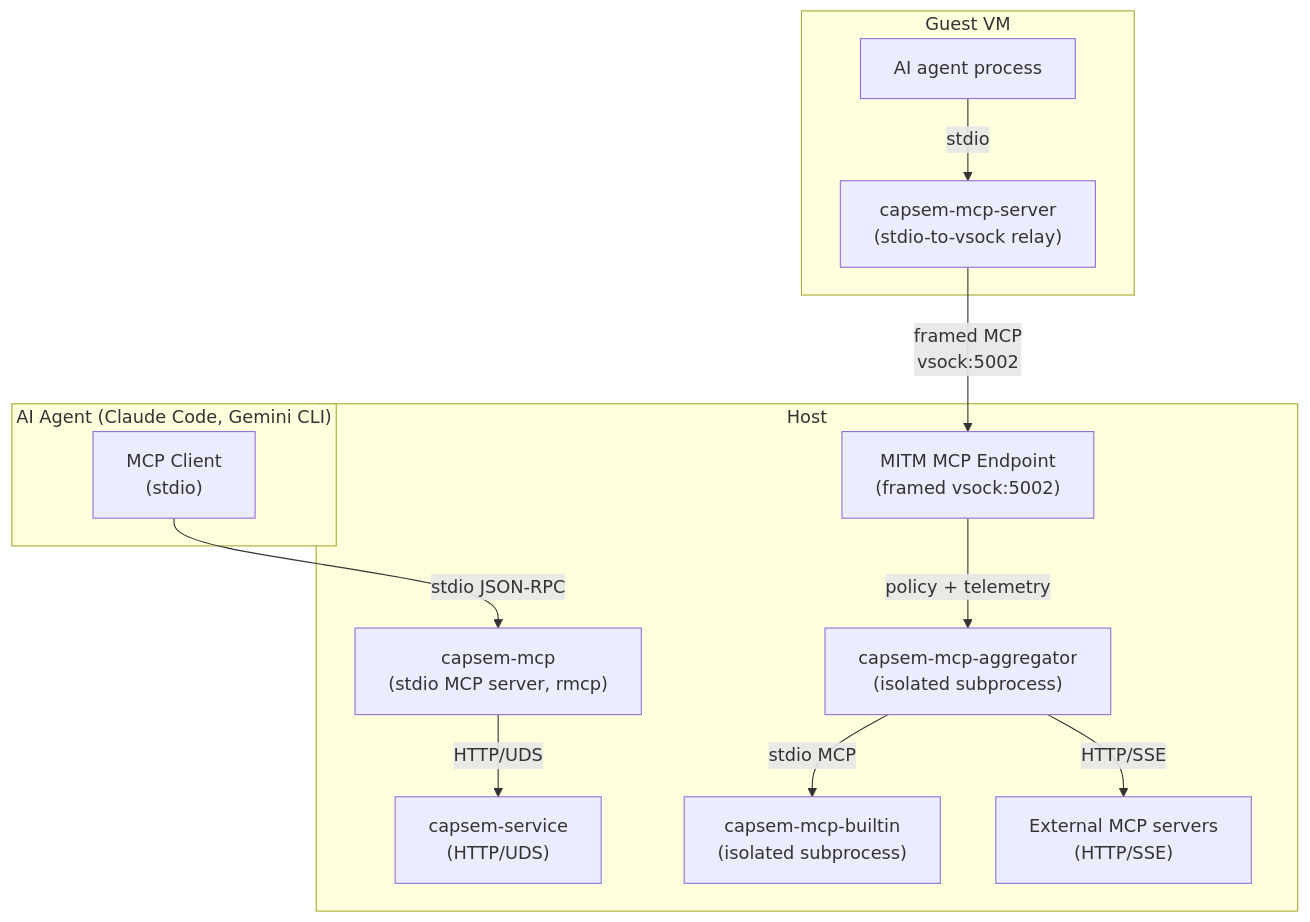
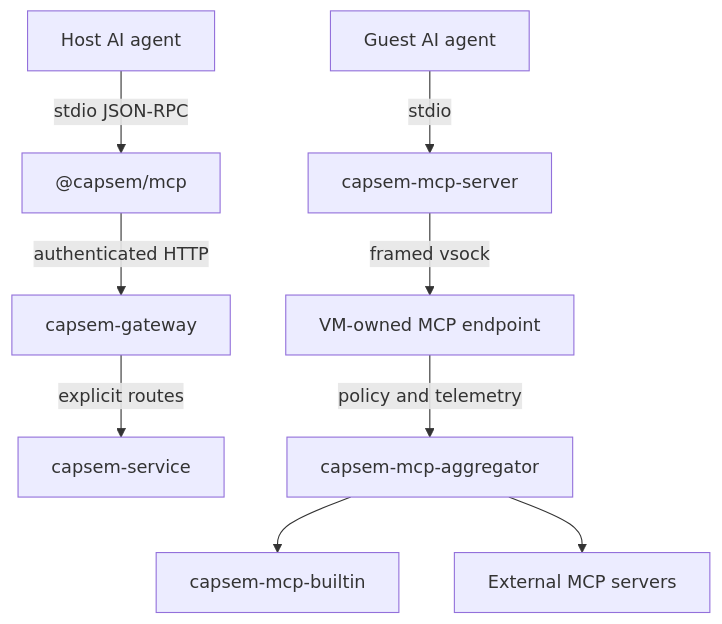
Before and after one commit to google/capsem: the first of 4 diagrams in web/docs/src/content/docs/architecture/mcp-gateway.md, drawn with Mermaid. The commit also changed other lines of this file and 20 other files, not shown here.

Commit message:
docs(mcp): document npm gateway workflow

````diff
--- a/web/docs/src/content/docs/architecture/mcp-gateway.md
+++ b/web/docs/src/content/docs/architecture/mcp-gateway.md
@@ -12,29 +15,12 @@
 ```mermaid
 graph TB
-    subgraph "AI Agent (Claude Code, Gemini CLI)"
-        AGENT["MCP Client<br/>(stdio)"]
-    end
+    AGENT["Host AI agent"] -->|stdio JSON-RPC| HOST["@capsem/mcp"]
+    HOST -->|authenticated HTTP| GATEWAY["capsem-gateway"]
+    GATEWAY -->|explicit routes| SERVICE["capsem-service"]
 
-    subgraph "Host"
-        HOST_MCP["capsem-mcp<br/>(stdio MCP server, rmcp)"]
-        SVC["capsem-service<br/>(HTTP/UDS)"]
-        GW["MITM MCP Endpoint<br/>(framed vsock:5002)"]
-        AGG["capsem-mcp-aggregator<br/>(isolated subprocess)"]
-        BUILTIN["capsem-mcp-builtin<br/>(isolated subprocess)"]
-        EXT["External MCP servers<br/>(HTTP/SSE)"]
-    end
-
-    subgraph "Guest VM"
-        GUEST_MCP["capsem-mcp-server<br/>(stdio-to-vsock relay)"]
-        GUEST_AGENT["AI agent process"]
-    end
-
-    AGENT -->|stdio JSON-RPC| HOST_MCP
-    HOST_MCP -->|HTTP/UDS| SVC
-
-    GUEST_AGENT -->|stdio| GUEST_MCP
-    GUEST_MCP -->|"framed MCP<br/>vsock:5002"| GW
-    GW -->|"policy + telemetry"| AGG
-    AGG -->|"stdio MCP"| BUILTIN
-    AGG -->|"HTTP/SSE"| EXT
+    GUEST_AGENT["Guest AI agent"] -->|stdio| RELAY["capsem-mcp-server"]
+    RELAY -->|framed vsock| ENDPOINT["VM-owned MCP endpoint"]
+    ENDPOINT -->|policy and telemetry| AGG["capsem-mcp-aggregator"]
+    AGG --> BUILTIN["capsem-mcp-builtin"]
+    AGG --> EXTERNAL["External MCP servers"]
 ```
````
